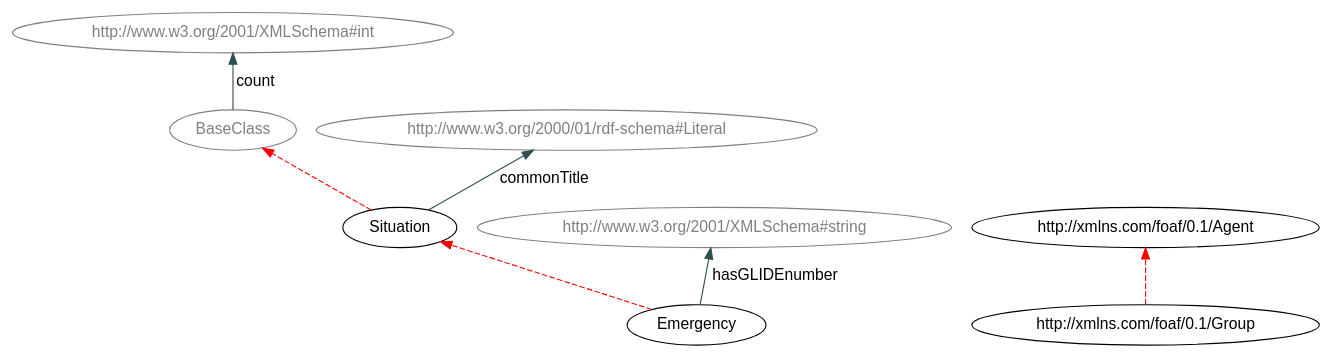
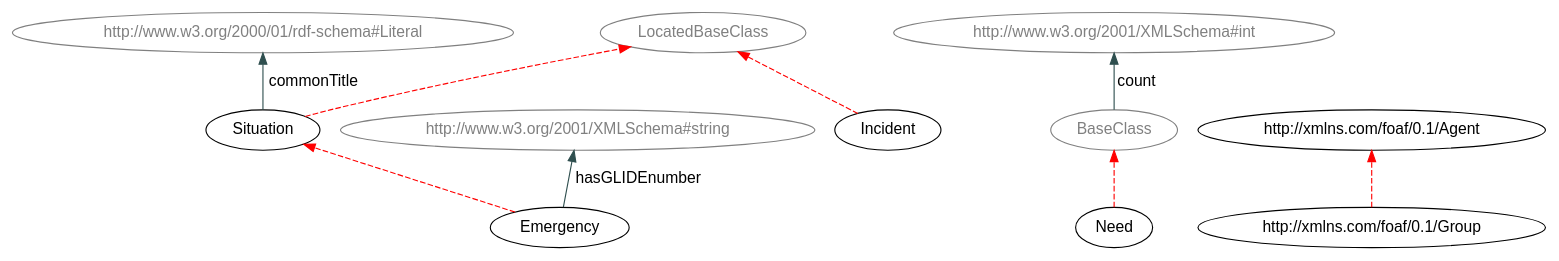
One commit to hxl-team/HXL-Vocab changed the diagram in Tools/situationSection.dot. Above: the diagram before and after it, drawn with Graphviz. The commit also changed 20 other files, not shown here.

First line of the commit message:
Cardinality restrictions and hxl:LocatedBaseClass added

```diff
--- a/Tools/situationSection.dot
+++ b/Tools/situationSection.dot
@@ -1,24 +1,30 @@
 digraph { 
  rankdir="BT";	
  charset="utf-8";
  overlap=false;
  edge [color=darkslategray];
  edge [fontname=Helvetica];
  node [fontname=Helvetica];
 
 "Emergency" [ URL = "./#Emergency"] ;
 		"Emergency" -> "Situation" [ color=red style="dashed" ]; 
+			"Incident" [ URL = "./#Incident"] ;
+		"LocatedBaseClass" [ URL = "./#Incident" color="gray" fontcolor="gray"] ;
+				"Incident" -> "LocatedBaseClass" [ color=red style="dashed" ]; 
+			"Need" [ URL = "./#Need"] ;
+		"BaseClass" [ URL = "./#Need" color="gray" fontcolor="gray"] ;
+				"Need" -> "BaseClass" [ color=red style="dashed" ]; 
 			"Situation" [ URL = "./#Situation"] ;
-		"BaseClass" [ URL = "./#Situation" color="gray" fontcolor="gray"] ;
-				"Situation" -> "BaseClass" [ color=red style="dashed" ]; 
+		"LocatedBaseClass" [ URL = "./#Situation" color="gray" fontcolor="gray"] ;
+				"Situation" -> "LocatedBaseClass" [ color=red style="dashed" ]; 
 			"http://xmlns.com/foaf/0.1/Agent" [ URL = "./#http://xmlns.com/foaf/0.1/Agent"] ;
 		"http://xmlns.com/foaf/0.1/Group" [ URL = "./#http://xmlns.com/foaf/0.1/Group"] ;
 		"http://xmlns.com/foaf/0.1/Group" -> "http://xmlns.com/foaf/0.1/Agent" [ color=red style="dashed" ]; 
 			"http://www.w3.org/2000/01/rdf-schema#Literal" [ URL = "./#http://www.w3.org/2000/01/rdf-schema#Literal" color="gray" fontcolor="gray"] ;
 					"Situation" -> "http://www.w3.org/2000/01/rdf-schema#Literal" [ label="commonTitle" URL = "./#commonTitle"]; 
 				"BaseClass" [ URL = "./#BaseClass" color="gray" fontcolor="gray"] ;
 				"http://www.w3.org/2001/XMLSchema#int" [ URL = "./#http://www.w3.org/2001/XMLSchema#int" color="gray" fontcolor="gray"] ;
 					"BaseClass" -> "http://www.w3.org/2001/XMLSchema#int" [ label="count" URL = "./#count"]; 
 				"http://www.w3.org/2001/XMLSchema#string" [ URL = "./#http://www.w3.org/2001/XMLSchema#string" color="gray" fontcolor="gray"] ;
 					"Emergency" -> "http://www.w3.org/2001/XMLSchema#string" [ label="hasGLIDEnumber" URL = "./#hasGLIDEnumber"]; 
 				}
```
